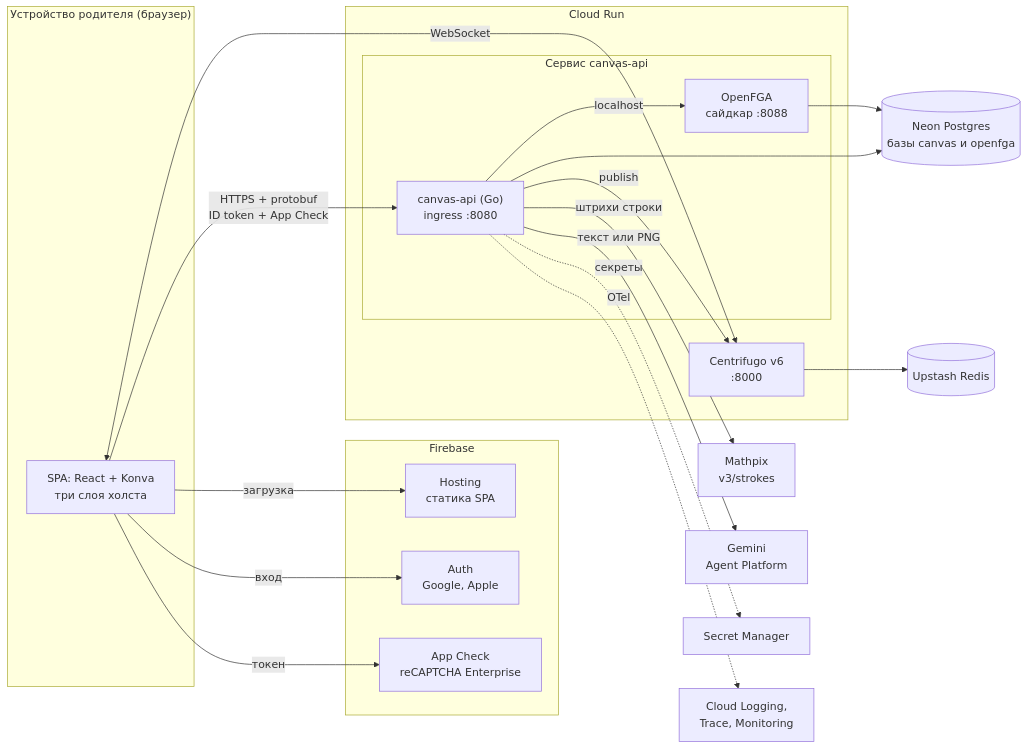
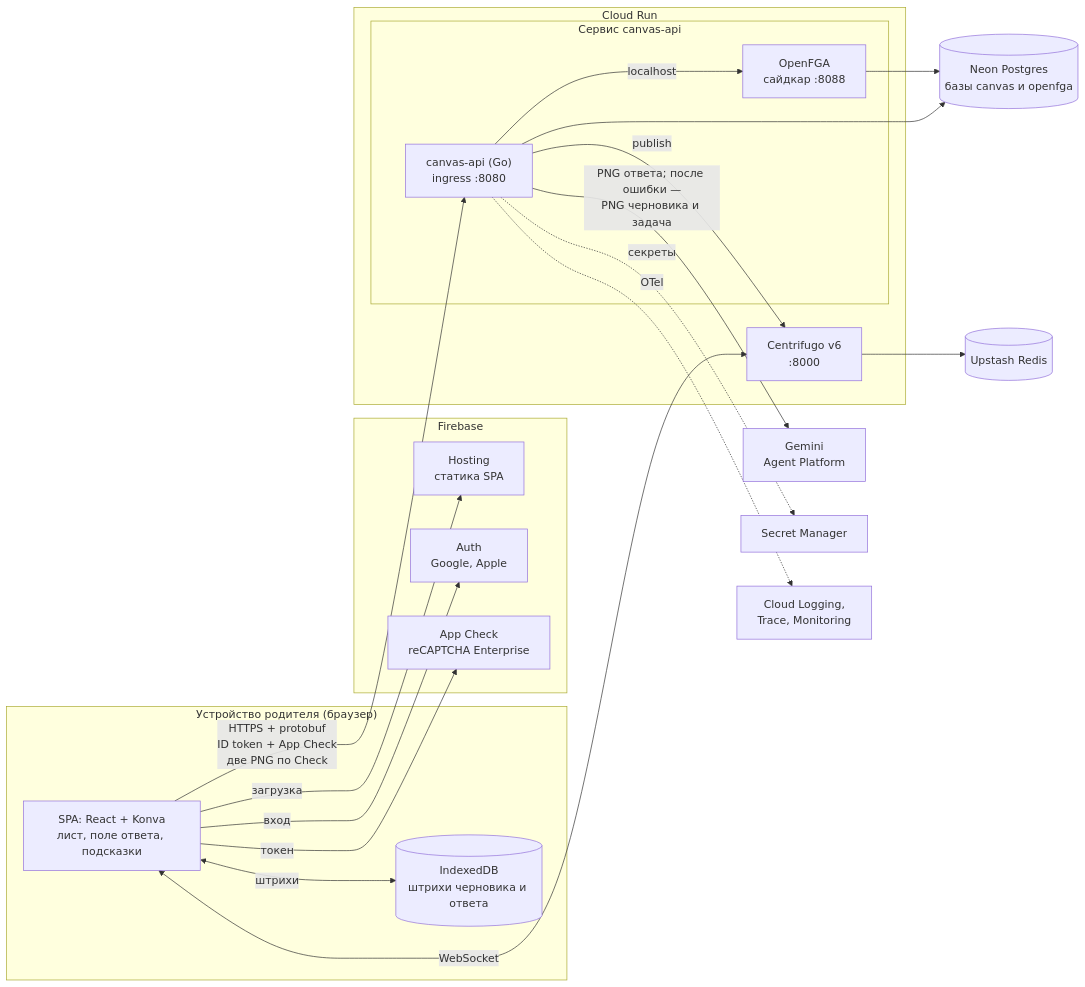
The first of 8 diagrams in docs/spec.md (MathTrail/canvas-api), drawn with Mermaid before and after one commit. The commit also changed other lines of this file and 21 other files, not shown here.

````diff
--- a/docs/spec.md
+++ b/docs/spec.md
@@ -47,39 +59,39 @@
 ```mermaid
 flowchart LR
     subgraph Device["Устройство родителя (браузер)"]
-        SPA["SPA: React + Konva<br/>три слоя холста"]
+        SPA["SPA: React + Konva<br/>лист, поле ответа, подсказки"]
+        IDB[("IndexedDB<br/>штрихи черновика и ответа")]
     end
     subgraph FB["Firebase"]
         Hosting["Hosting<br/>статика SPA"]
         Auth["Auth<br/>Google, Apple"]
         AC["App Check<br/>reCAPTCHA Enterprise"]
     end
     subgraph CR["Cloud Run"]
         subgraph SVC["Сервис canvas-api"]
             API["canvas-api (Go)<br/>ingress :8080"]
             FGA["OpenFGA<br/>сайдкар :8088"]
         end
         CENT["Centrifugo v6<br/>:8000"]
     end
     NEON[("Neon Postgres<br/>базы canvas и openfga")]
     UPS[("Upstash Redis")]
-    MPX["Mathpix<br/>v3/strokes"]
     GEM["Gemini<br/>Agent Platform"]
     SM["Secret Manager"]
     OBS["Cloud Logging,<br/>Trace, Monitoring"]
 
+    SPA <-->|"штрихи"| IDB
     SPA -->|"загрузка"| Hosting
     SPA -->|"вход"| Auth
     SPA -->|"токен"| AC
-    SPA -->|"HTTPS + protobuf<br/>ID token + App Check"| API
+    SPA -->|"HTTPS + protobuf<br/>ID token + App Check<br/>две PNG по Check"| API
     SPA <-->|"WebSocket"| CENT
     API -->|"localhost"| FGA
     FGA --> NEON
     API --> NEON
-    API -->|"штрихи строки"| MPX
-    API -->|"текст или PNG"| GEM
+    API -->|"PNG ответа; после ошибки —<br/>PNG черновика и задача"| GEM
     API -->|"publish"| CENT
     CENT --> UPS
     API -.->|"секреты"| SM
     API -.->|"OTel"| OBS
 ```
````
